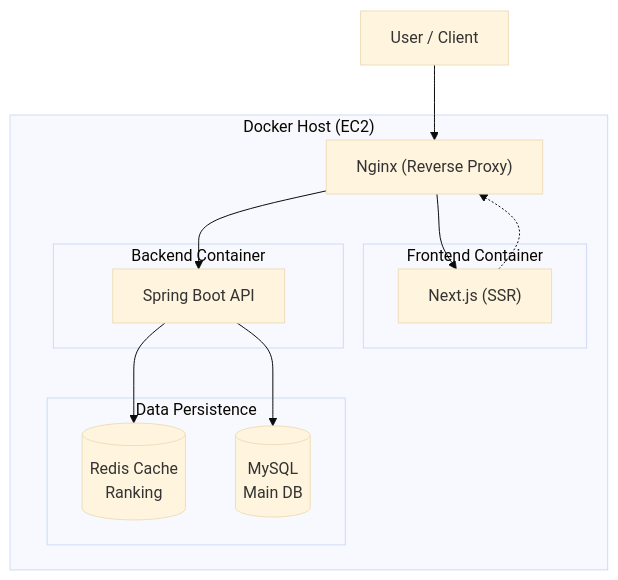
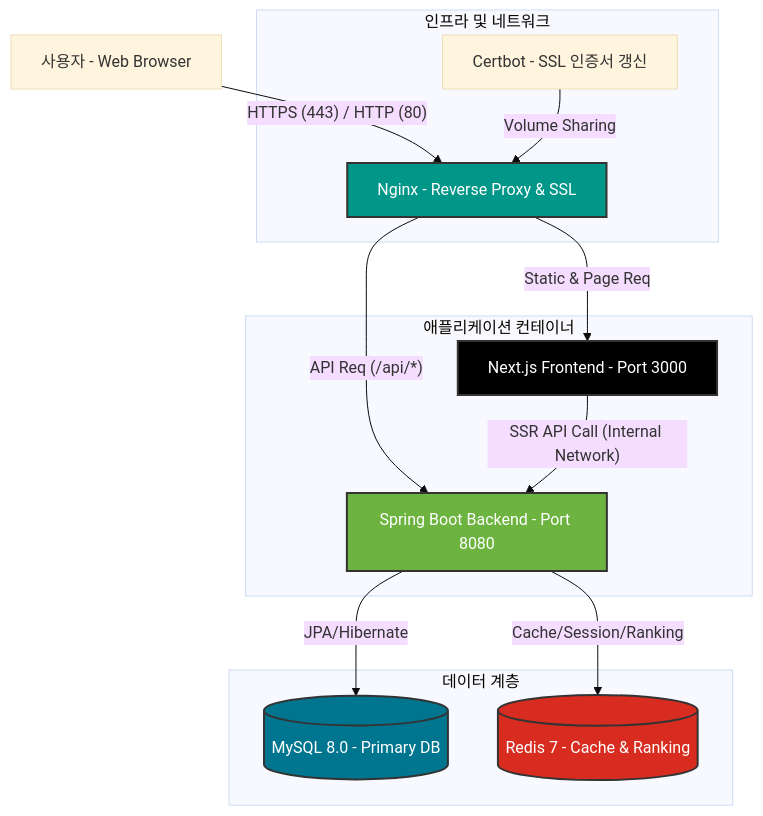
The second of 2 diagrams in PORTFOLIO.md (Hyunul/CBT), drawn with Mermaid (base theme) before and after one commit. The commit also changed other lines of this file, not shown here.

Commit message:
서비스 아키텍처 그림 수정

````diff
--- a/PORTFOLIO.md
+++ b/PORTFOLIO.md
@@ -89,28 +89,36 @@
 ```mermaid
 graph TD
-    User["User / Client"]
+    User[사용자 - Web Browser]
 
-    subgraph "Docker Host (EC2)"
-        Nginx["Nginx (Reverse Proxy)"]
-
-        subgraph "Frontend Container"
-            NextJS["Next.js (SSR)"]
-        end
-
-        subgraph "Backend Container"
-            SpringBoot["Spring Boot API"]
-        end
-
-        subgraph "Data Persistence"
-            Redis[("Redis Cache<br>Ranking")]
-            MySQL[("MySQL<br>Main DB")]
-        end
+    subgraph Infrastructure [인프라 및 네트워크]
+        Nginx[Nginx - Reverse Proxy & SSL]
+        Certbot[Certbot - SSL 인증서 갱신]
     end
 
-    User --> Nginx
-    Nginx --> NextJS
-    Nginx --> SpringBoot
-    SpringBoot --> Redis
-    SpringBoot --> MySQL
-    NextJS -.-> Nginx
+    subgraph Application [애플리케이션 컨테이너]
+        FE[Next.js Frontend - Port 3000]
+        BE[Spring Boot Backend - Port 8080]
+    end
+
+    subgraph DataStore [데이터 계층]
+        MySQL[(MySQL 8.0 - Primary DB)]
+        Redis[(Redis 7 - Cache & Ranking)]
+    end
+
+    User -- "HTTPS (443) / HTTP (80)" --> Nginx
+    Nginx -- "Static & Page Req" --> FE
+    Nginx -- "API Req (/api/*)" --> BE
+
+    FE -- "SSR API Call (Internal Network)" --> BE
+
+    BE -- "JPA/Hibernate" --> MySQL
+    BE -- "Cache/Session/Ranking" --> Redis
+
+    Certbot -- "Volume Sharing" --> Nginx
+
+    style Nginx fill:#009688,stroke:#333,stroke-width:2px,color:white
+    style FE fill:#000000,stroke:#333,stroke-width:2px,color:white
+    style BE fill:#6db33f,stroke:#333,stroke-width:2px,color:white
+    style MySQL fill:#00758f,stroke:#333,stroke-width:2px,color:white
+    style Redis fill:#d82c20,stroke:#333,stroke-width:2px,color:white
 ```
````
